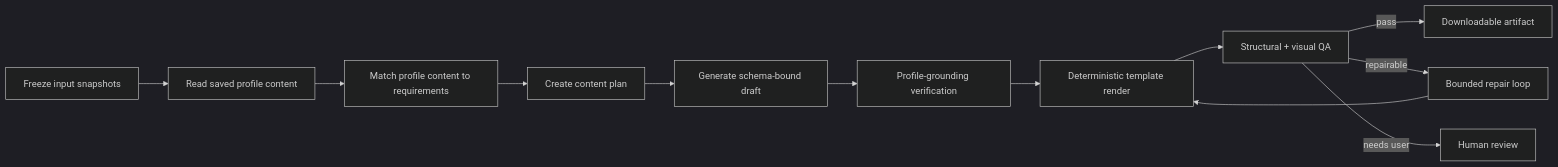
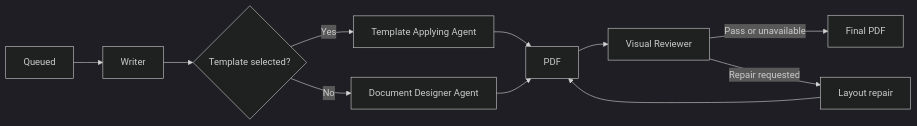
One commit to lrx0014/ResumeGPT changed the second of 2 diagrams in docs/architecture-design.md. Above: the diagram before and after it, drawn with Mermaid (dark theme). The commit also changed other lines of this file and 19 other files, not shown here.

````diff
--- a/docs/architecture-design.md
+++ b/docs/architecture-design.md
@@ -262,14 +210,13 @@
 ```mermaid
 flowchart LR
-    S[Freeze input snapshots] --> R[Read saved profile content]
-    R --> M[Match profile content to requirements]
-    M --> P[Create content plan]
-    P --> D[Generate schema-bound draft]
-    D --> F[Profile-grounding verification]
-    F --> T[Deterministic template render]
-    T --> V[Structural + visual QA]
-    V -->|pass| A[Downloadable artifact]
-    V -->|repairable| X[Bounded repair loop]
-    X --> T
-    V -->|needs user| H[Human review]
+    Q[Queued] --> W[Writer]
+    W --> C{Template selected?}
+    C -->|Yes| T[Template Applying Agent]
+    C -->|No| D[Document Designer Agent]
+    T --> P[PDF]
+    D --> P
+    P --> V[Visual Reviewer]
+    V -->|Pass or unavailable| F[Final PDF]
+    V -->|Repair requested| R[Layout repair]
+    R --> P
 ```
````
